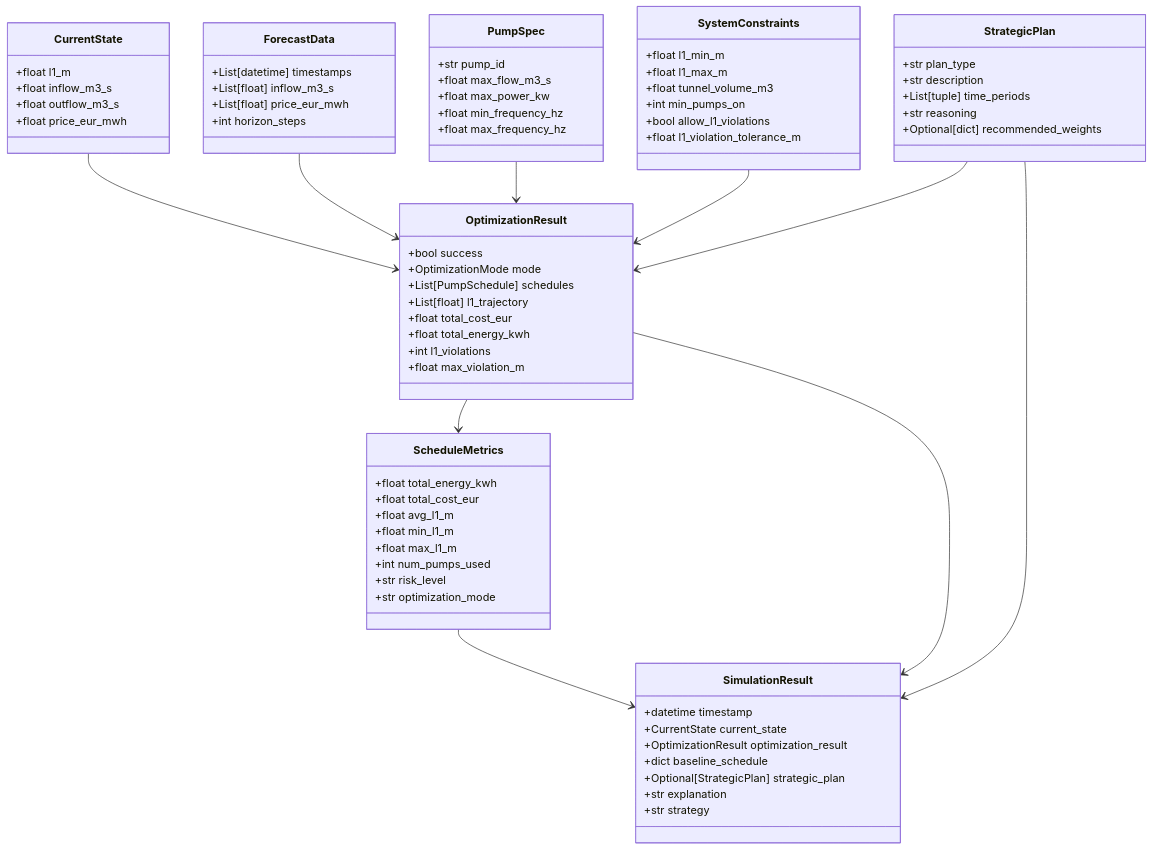
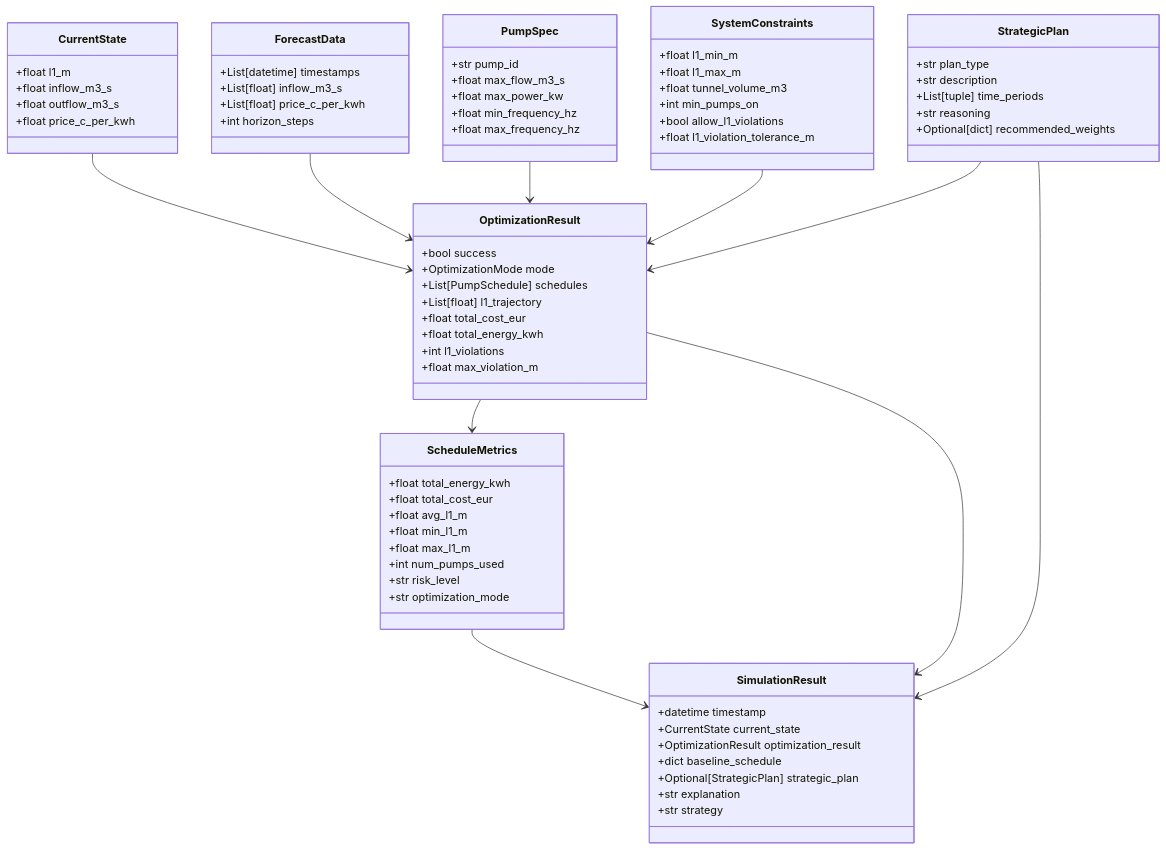
The fifth of 9 diagrams in agents/optimizer_agent/ARCHITECTURE.md (alexha11/Junction-2025), drawn with Mermaid before and after one commit. The commit also changed 9 other files, not shown here.

```diff
--- a/agents/optimizer_agent/ARCHITECTURE.md
+++ b/agents/optimizer_agent/ARCHITECTURE.md
@@ -242,13 +242,13 @@
         +float l1_m
         +float inflow_m3_s
         +float outflow_m3_s
-        +float price_eur_mwh
+        +float price_c_per_kwh
     }
     
     class ForecastData {
         +List[datetime] timestamps
         +List[float] inflow_m3_s
-        +List[float] price_eur_mwh
+        +List[float] price_c_per_kwh
         +int horizon_steps
     }
     
```
